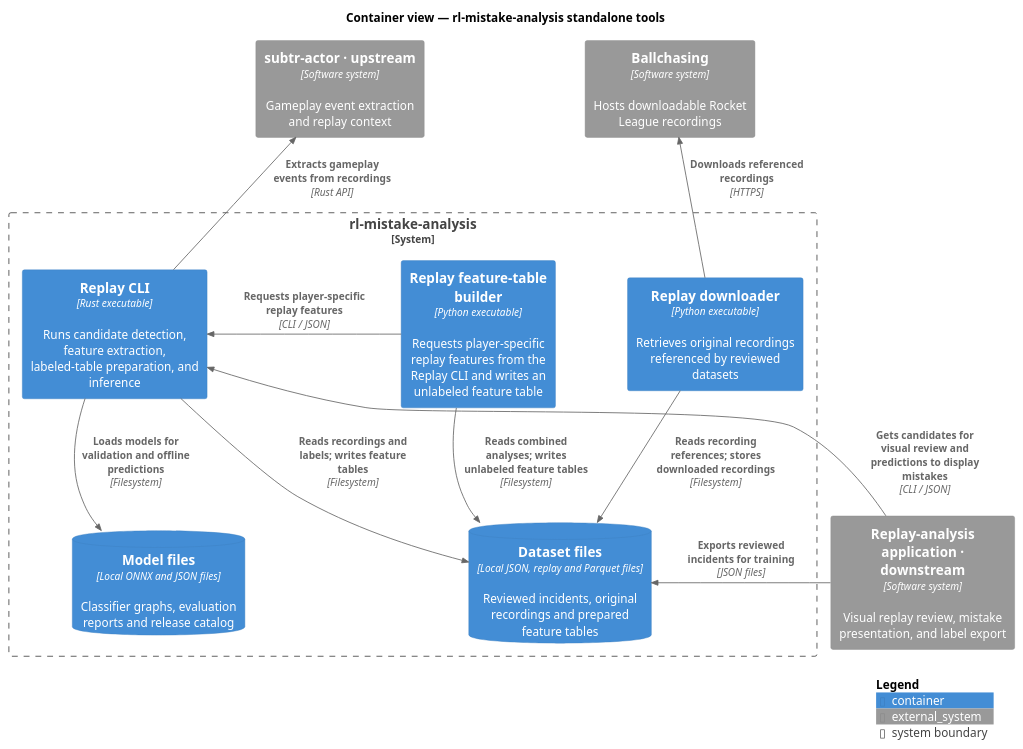
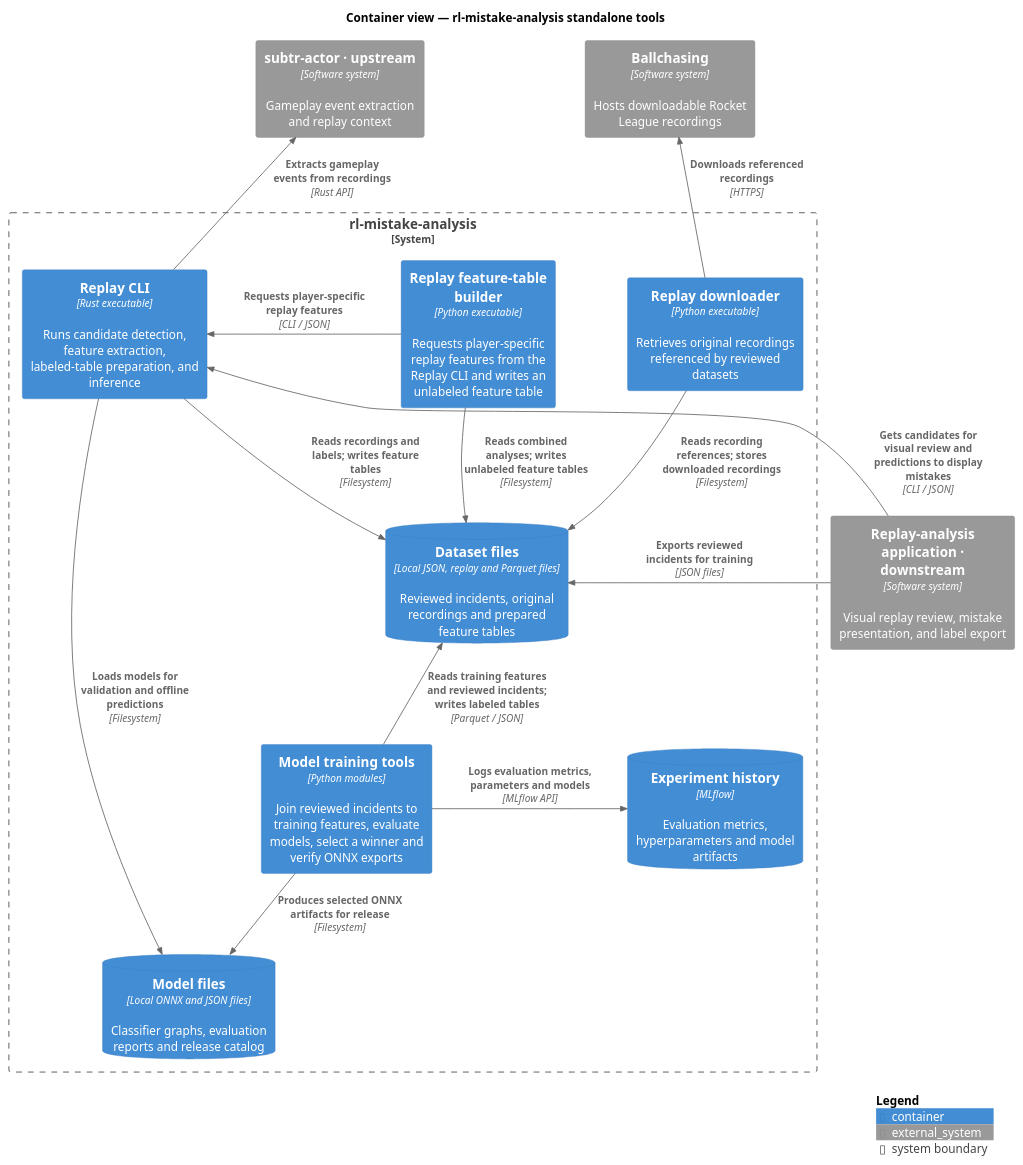
Before and after one commit to alina-afanaseva/rl-mistake-analysis: the diagram in docs/architecture/containers.puml, drawn with PlantUML. The commit also changed 19 other files, not shown here.

First line of the commit message:
feat: add model training and evaluation tooling

```diff
--- a/docs/architecture/containers.puml
+++ b/docs/architecture/containers.puml
@@ -1,38 +1,44 @@
 @startuml containers
 !include <C4/C4_Container>
 LAYOUT_TOP_DOWN()
 skinparam backgroundColor #FFFFFF
 skinparam ranksep 45
 skinparam nodesep 85
 title Container view — rl-mistake-analysis standalone tools
 
 System_Ext(consumer, "Replay-analysis application · downstream", "Visual replay review, mistake presentation, and label export", $type="Software system")
 System_Ext(supplier, "subtr-actor · upstream", "Gameplay event extraction and replay context", $type="Software system")
 System_Ext(recordings, "Ballchasing", "Hosts downloadable Rocket League recordings", $type="Software system")
 
 System_Boundary(project, "rl-mistake-analysis") {
     Container(cli, "Replay CLI", "Rust executable", "Runs candidate detection, feature extraction, labeled-table preparation, and inference")
     Container(builder, "Replay feature-table builder", "Python executable", "Requests player-specific replay features from the Replay CLI and writes an unlabeled feature table")
     Container(downloader, "Replay downloader", "Python executable", "Retrieves original recordings referenced by reviewed datasets")
+    Container(training, "Model training tools", "Python modules", "Join reviewed incidents to training features, evaluate models, select a winner and verify ONNX exports")
     ContainerDb(dataset, "Dataset files", "Local JSON, replay and Parquet files", "Reviewed incidents, original recordings and prepared feature tables")
     ContainerDb(models, "Model files", "Local ONNX and JSON files", "Classifier graphs, evaluation reports and release catalog")
+    ContainerDb(tracking, "Experiment history", "MLflow", "Evaluation metrics, hyperparameters and model artifacts")
 }
 
 Rel_U(consumer, cli, "Gets candidates for visual review and predictions to display mistakes", "CLI / JSON")
 Rel_L(consumer, dataset, "Exports reviewed incidents for training", "JSON files")
 Rel_U(cli, supplier, "Extracts gameplay events from recordings", "Rust API")
 Rel_U(downloader, recordings, "Downloads referenced recordings", "HTTPS")
 Rel_D(cli, dataset, "Reads recordings and labels; writes feature tables", "Filesystem")
 Rel_D(cli, models, "Loads models for validation and offline predictions", "Filesystem")
 Rel_D(downloader, dataset, "Reads recording references; stores downloaded recordings", "Filesystem")
 Rel_L(builder, cli, "Requests player-specific replay features", "CLI / JSON")
 Rel_D(builder, dataset, "Reads combined analyses; writes unlabeled feature tables", "Filesystem")
+Rel_D(training, dataset, "Reads training features and reviewed incidents; writes labeled tables", "Parquet / JSON")
+Rel_D(training, models, "Produces selected ONNX artifacts for release", "Filesystem")
+Rel_R(training, tracking, "Logs evaluation metrics, parameters and models", "MLflow API")
 Lay_R(cli, builder)
 Lay_R(builder, downloader)
 Lay_D(cli, models)
 Lay_D(builder, dataset)
 Lay_D(downloader, dataset)
 Lay_R(supplier, recordings)
 Lay_R(dataset, consumer)
+Lay_D(dataset, training)
 SHOW_LEGEND($details=None())
 @enduml
```
